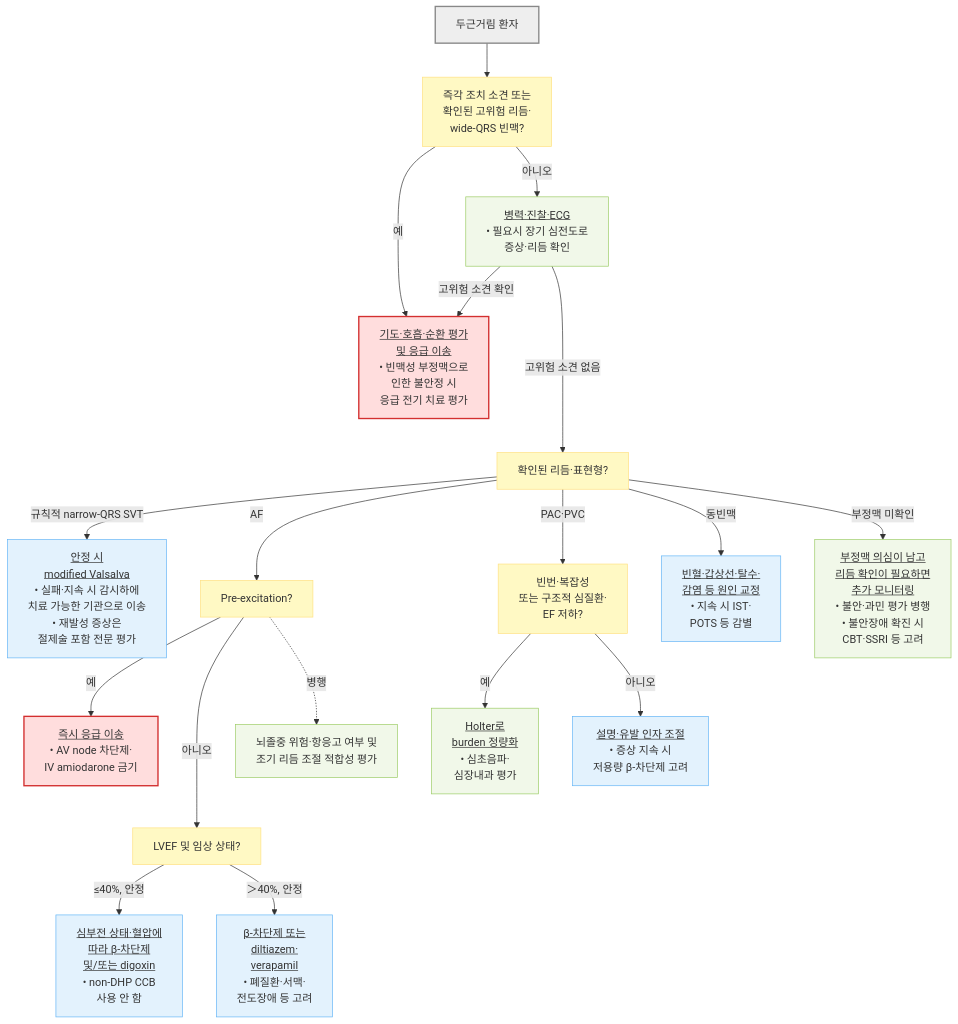
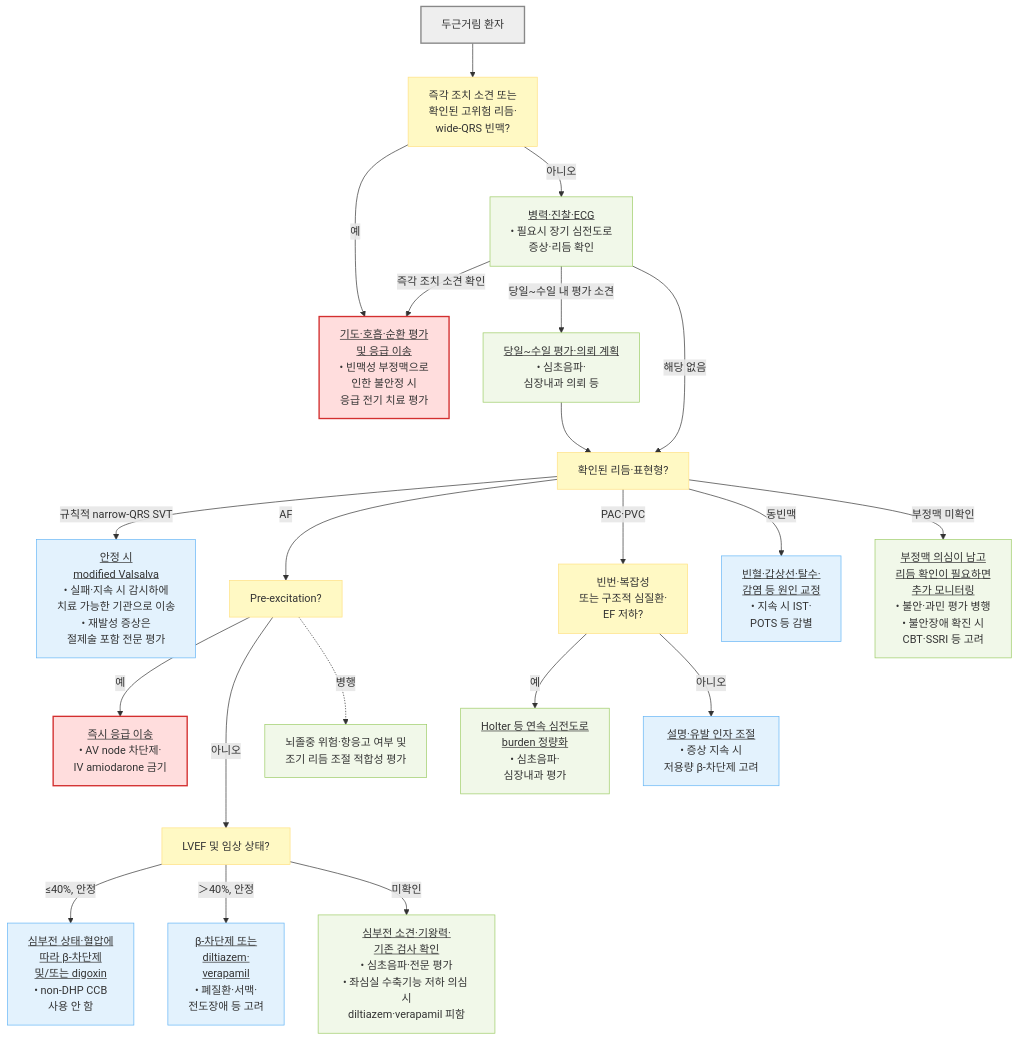
One commit to familyoh77/familyoh77 changed the diagram in 220_/009_-palpitation.md. Above: the diagram before and after it, drawn with Mermaid. The commit also changed other lines of this file and 5 other files, not shown here.

````diff
--- a/220_/009_-palpitation.md
+++ b/220_/009_-palpitation.md
@@ -246,30 +248,33 @@
 ```mermaid
 flowchart TD
     Start["두근거림 환자"] --> EmergencyQ["즉각 조치 소견 또는<br/>확인된 고위험 리듬·<br/>wide-QRS 빈맥?"]
     EmergencyQ -- "예" --> Emergency["<u>기도·호흡·순환 평가 <br/>및 응급 이송</u><br/>• 빈맥성 부정맥으로 <br/>인한 불안정 시 <br/>응급 전기 치료 평가"]
     EmergencyQ -- "아니오" --> Assess["<u>병력·진찰·ECG</u><br/>• 필요시 장기 심전도로 <br/>증상·리듬 확인"]
-    Assess -- "고위험 소견 확인" --> Emergency
-    Assess -- "고위험 소견 없음" ---> Rhythm["확인된 리듬·표현형?"]
+    Assess -- "즉각 조치 소견 확인" --> Emergency
+    Assess -- "당일~수일 내 평가 소견" --> Urgent["<u>당일~수일 평가·의뢰 계획</u><br/>• 심초음파·<br/>심장내과 의뢰 등"]
+    Assess -- "해당 없음" ---> Rhythm["확인된 리듬·표현형?"]
+    Urgent --> Rhythm
     Rhythm -- "규칙적 narrow-QRS SVT" --> Vagal["<u>안정 시 <br/>modified Valsalva</u><br/>• 실패·지속 시 감시하에 <br/>치료 가능한 기관으로 이송<br/>• 재발성 증상은 <br/>절제술 포함 전문 평가"]
     Rhythm -- "AF" --> PreEx["Pre-excitation?"]
     PreEx -- "예" --> WPW["<u>즉시 응급 이송</u><br/>• AV node 차단제·<br/>IV amiodarone 금기"]
     PreEx -- "아니오" ---> EF["LVEF 및 임상 상태?"]
     EF -- "≤40%, 안정" --> AFhf["<u>심부전 상태·혈압에 <br/>따라 β-차단제 <br/>및/또는 digoxin</u><br/>• non-DHP CCB <br/>사용 안 함"]
     EF -- "＞40%, 안정" --> AFnormal["<u>β-차단제 또는 <br/>diltiazem·<br/>verapamil</u><br/>• 폐질환·서맥·<br/>전도장애 등 고려"]
+    EF -- "미확인" --> EFunk["<u>심부전 소견·기왕력·<br/>기존 검사 확인</u><br/>• 심초음파·전문 평가<br/>• 좌심실 수축기능 저하 의심 시<br/>diltiazem·verapamil 피함"]
     PreEx -. "병행" .-> Stroke["뇌졸중 위험·항응고 여부 및<br/>조기 리듬 조절 적합성 평가"]
     Rhythm -- "PAC·PVC" --> Burden["빈번·복잡성 <br/>또는 구조적 심질환·<br/>EF 저하?"]
-    Burden -- "예" --> Refer["<u>Holter로 <br/>burden 정량화</u><br/>• 심초음파·<br/>심장내과 평가"]
+    Burden -- "예" --> Refer["<u>Holter 등 연속 심전도로<br/>burden 정량화</u><br/>• 심초음파·<br/>심장내과 평가"]
     Burden -- "아니오" --> Reassure["<u>설명·유발 인자 조절</u><br/>• 증상 지속 시 <br/>저용량 β-차단제 고려"]
     Rhythm -- "동빈맥" --> Sinus["<u>빈혈·갑상선·탈수·<br/>감염 등 원인 교정</u><br/>• 지속 시 IST·<br/>POTS 등 감별"]
     Rhythm -- "부정맥 미확인" --> Other["<u>부정맥 의심이 남고 <br/>리듬 확인이 필요하면 <br/>추가 모니터링</u><br/>• 불안·과민 평가 병행<br/>• 불안장애 확진 시 <br/>CBT·SSRI 등 고려"]
     classDef start fill:#eeeeee,stroke:#888888,stroke-width:2px
     classDef question fill:#fff9c4,stroke:#ffe082
     classDef emergency fill:#ffdddd,stroke:#d32f2f,stroke-width:2px
     classDef evaluation fill:#f1f8e9,stroke:#9ccc65
     classDef treatment fill:#e3f2fd,stroke:#64b5f6
     class Start start
     class EmergencyQ,Rhythm,PreEx,EF,Burden question
     class Emergency,WPW emergency
-    class Assess,Stroke,Refer,Other evaluation
+    class Assess,Urgent,EFunk,Stroke,Refer,Other evaluation
     class Vagal,AFhf,AFnormal,Reassure,Sinus treatment
 ```
````
